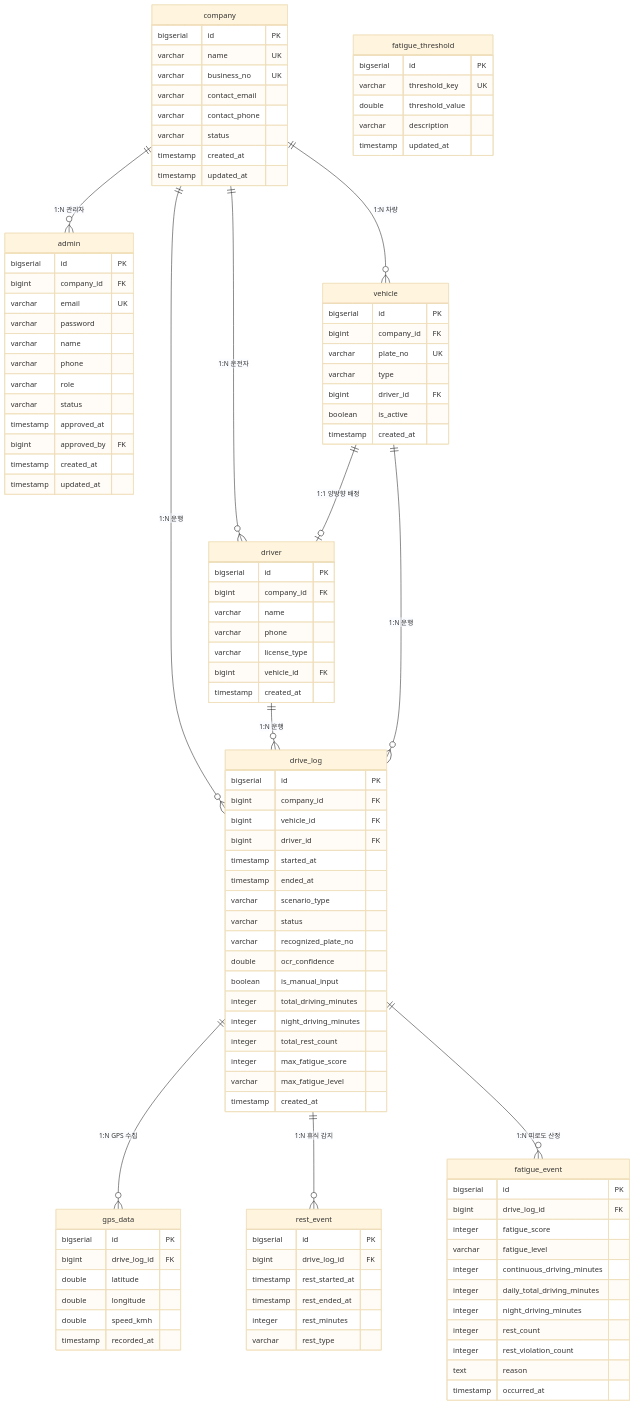
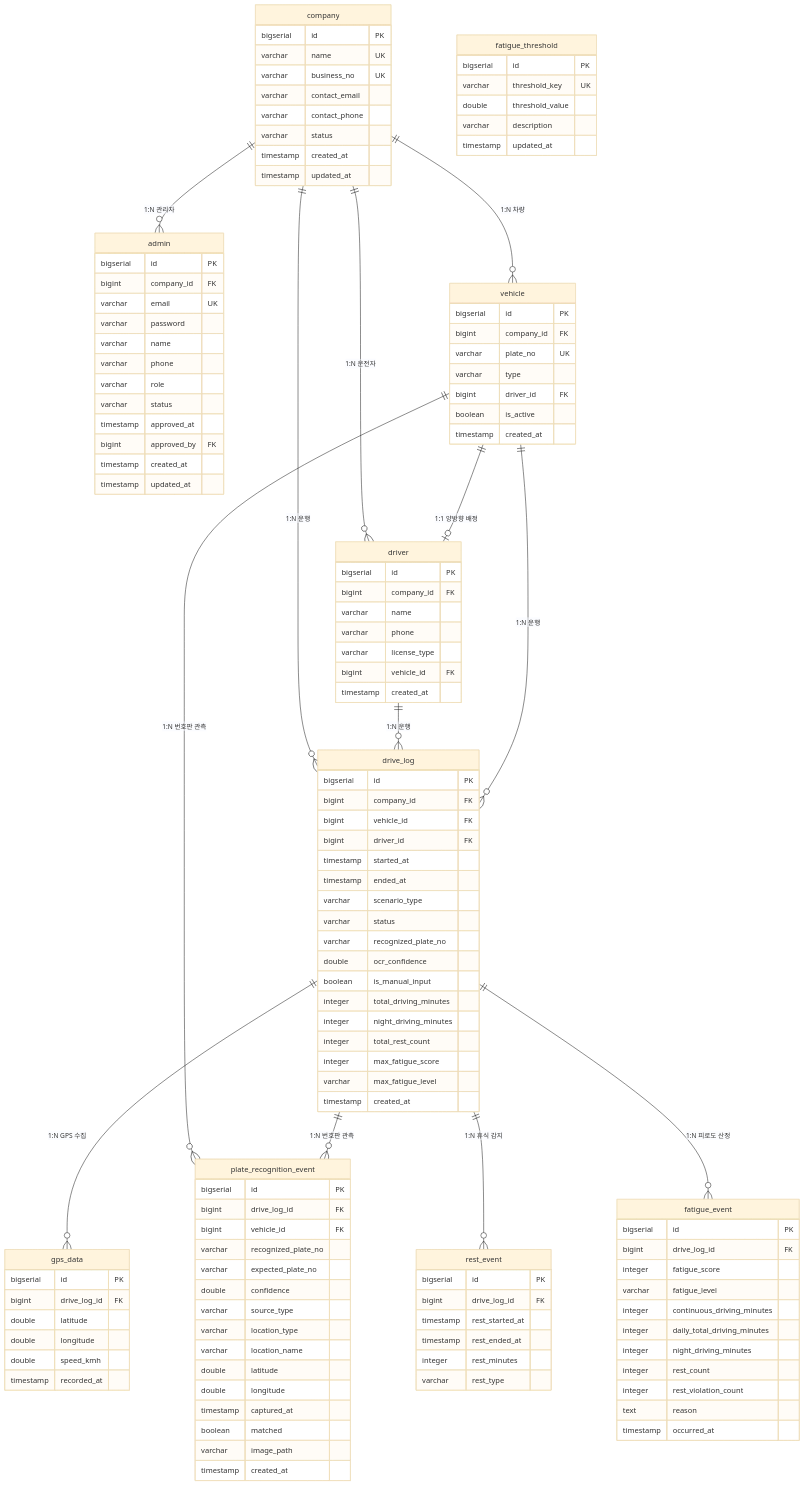
The diagram in logmile_deliverable/logmile_DB설계서.md (hwandroid921/logmile), drawn with Mermaid (base theme) before and after one commit. The commit also changed other lines of this file and 12 other files, not shown here.

````diff
--- a/logmile_deliverable/logmile_DB설계서.md
+++ b/logmile_deliverable/logmile_DB설계서.md
@@ -108,6 +109,24 @@
         timestamp recorded_at
     }
 
+    plate_recognition_event {
+        bigserial id PK
+        bigint    drive_log_id FK
+        bigint    vehicle_id FK
+        varchar   recognized_plate_no
+        varchar   expected_plate_no
+        double    confidence
+        varchar   source_type
+        varchar   location_type
+        varchar   location_name
+        double    latitude
+        double    longitude
+        timestamp captured_at
+        boolean   matched
+        varchar   image_path
+        timestamp created_at
+    }
+
     rest_event {
         bigserial id PK
         bigint    drive_log_id    FK
@@ -146,7 +165,9 @@
     vehicle    ||--o|  driver      : "1:1 양방향 배정"
     driver     ||--o{  drive_log   : "1:N 운행"
     vehicle    ||--o{  drive_log   : "1:N 운행"
+    vehicle    ||--o{  plate_recognition_event : "1:N 번호판 관측"
     drive_log  ||--o{  gps_data    : "1:N GPS 수집"
+    drive_log  ||--o{  plate_recognition_event : "1:N 번호판 관측"
     drive_log  ||--o{  rest_event  : "1:N 휴식 감지"
     drive_log  ||--o{  fatigue_event : "1:N 피로도 산정"
 ```
````
